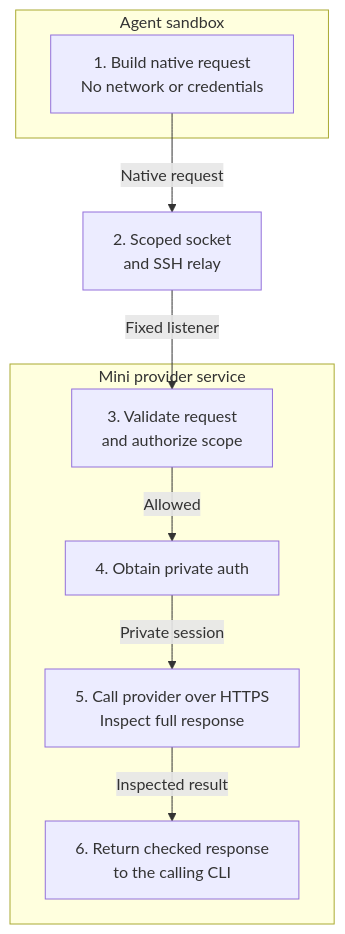
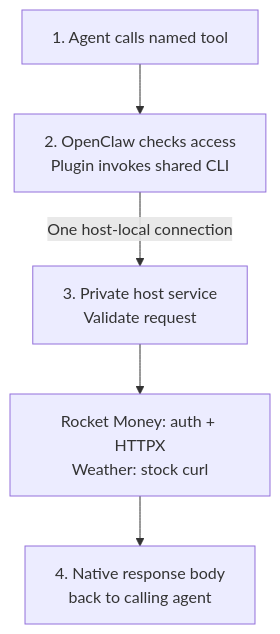
Before and after one commit to coletaylor788/puddles: the first of 2 diagrams in docs/plans/031-rocket-money-integration.md, drawn with Mermaid. The commit also changed other lines of this file and 2 other files, not shown here.

Commit message:
docs: model shared integration CLIs as per-agent tools

````diff
--- a/docs/plans/031-rocket-money-integration.md
+++ b/docs/plans/031-rocket-money-integration.md
@@ -13,18 +13,12 @@
 ```mermaid
 flowchart TB
-    subgraph Sandbox["Agent sandbox"]
-        CLI["1. Build native request<br/>No network or credentials"]
-    end
-    Bridge["2. Scoped socket<br/>and SSH relay"]
-    subgraph Mini["Mini provider service"]
-        Validate["3. Validate request<br/>and authorize scope"]
-        Auth["4. Obtain private auth"]
-        Execute["5. Call provider over HTTPS<br/>Inspect full response"]
-        Release["6. Return checked response<br/>to the calling CLI"]
-    end
-    CLI -->|"Native request"| Bridge
-    Bridge -->|"Fixed listener"| Validate
-    Validate -->|"Allowed"| Auth
-    Auth -->|"Private session"| Execute
-    Execute -->|"Inspected result"| Release
+    Agent["1. Agent calls named tool"]
+    Tool["2. OpenClaw checks access<br/>Plugin invokes shared CLI"]
+    Host["3. Private host service<br/>Validate request"]
+    API["Rocket Money: auth + HTTPX<br/>Weather: stock curl"]
+    Result["4. Native response body<br/>back to calling agent"]
+    Agent --> Tool
+    Tool -->|"One host-local connection"| Host
+    Host --> API
+    API --> Result
 ```
````
